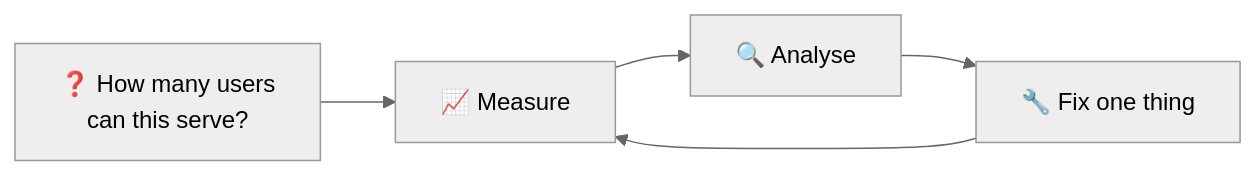
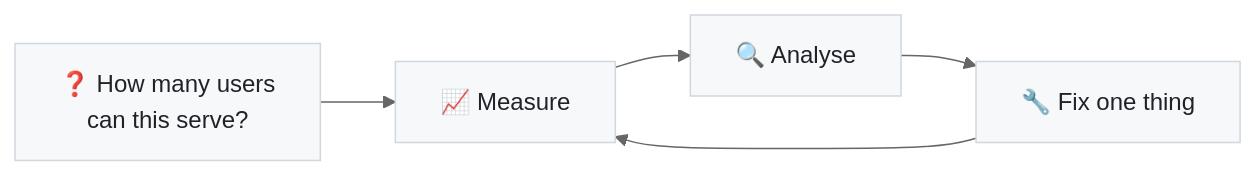
The first of 8 diagrams in README.md (Ansh-dhanani/Distributed-system-load-analysis), drawn with Mermaid (neutral theme) before and after one commit. The commit also changed other lines of this file, not shown here.

First line of the commit message:
docs: unify mermaid styling with a clean, theme-safe palette

````diff
--- a/README.md
+++ b/README.md
@@ -13,4 +13,5 @@
 ```mermaid
 flowchart LR
     Q["❓ How many users<br/>can this serve?"] --> M["📈 Measure"] --> A["🔍 Analyse"] --> F["🔧 Fix one thing"] --> M
+    classDef default fill:#f6f8fa,stroke:#d0d7de,color:#1f2328;
 ```
````
